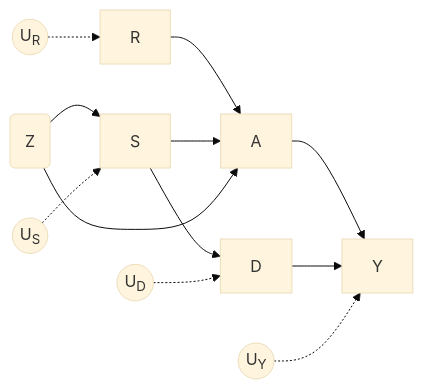
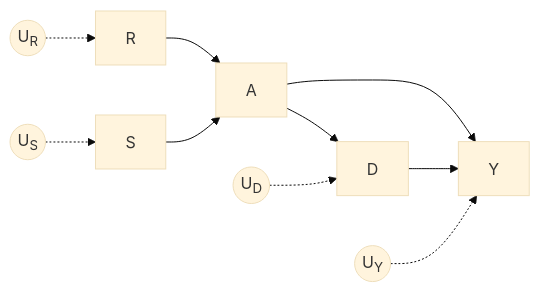
The third of 3 diagrams in notebooks/design-notes.qmd (maj-biostat/roadmap-sim), drawn with Mermaid before and after one commit. The commit also changed other lines of this file, not shown here.

````diff
--- a/notebooks/design-notes.qmd
+++ b/notebooks/design-notes.qmd
@@ -377,20 +377,19 @@
 ```{mermaid}
 %%| label: fig-scenario-3
 %%| fig-cap: Scenario 3, the $U$ denote independent exogenous variables, 
 %%{
   init:{
     "flowchart":{"htmlLabels": "true"},
     "securityLevel": "loose",
     "theme": "base"
 }}%%
 flowchart LR
   R --> A --> Y
   S --> A
-  S --> D
+  A --> D
   D --> Y
-  Z(Z) --> S & A
   UD((U<sub>D)) -.-> D
   US((U<sub>S)) -.-> S
   UR((U<sub>R)) -.-> R
   UY((U<sub>Y)) -.-> Y
 ```
````
